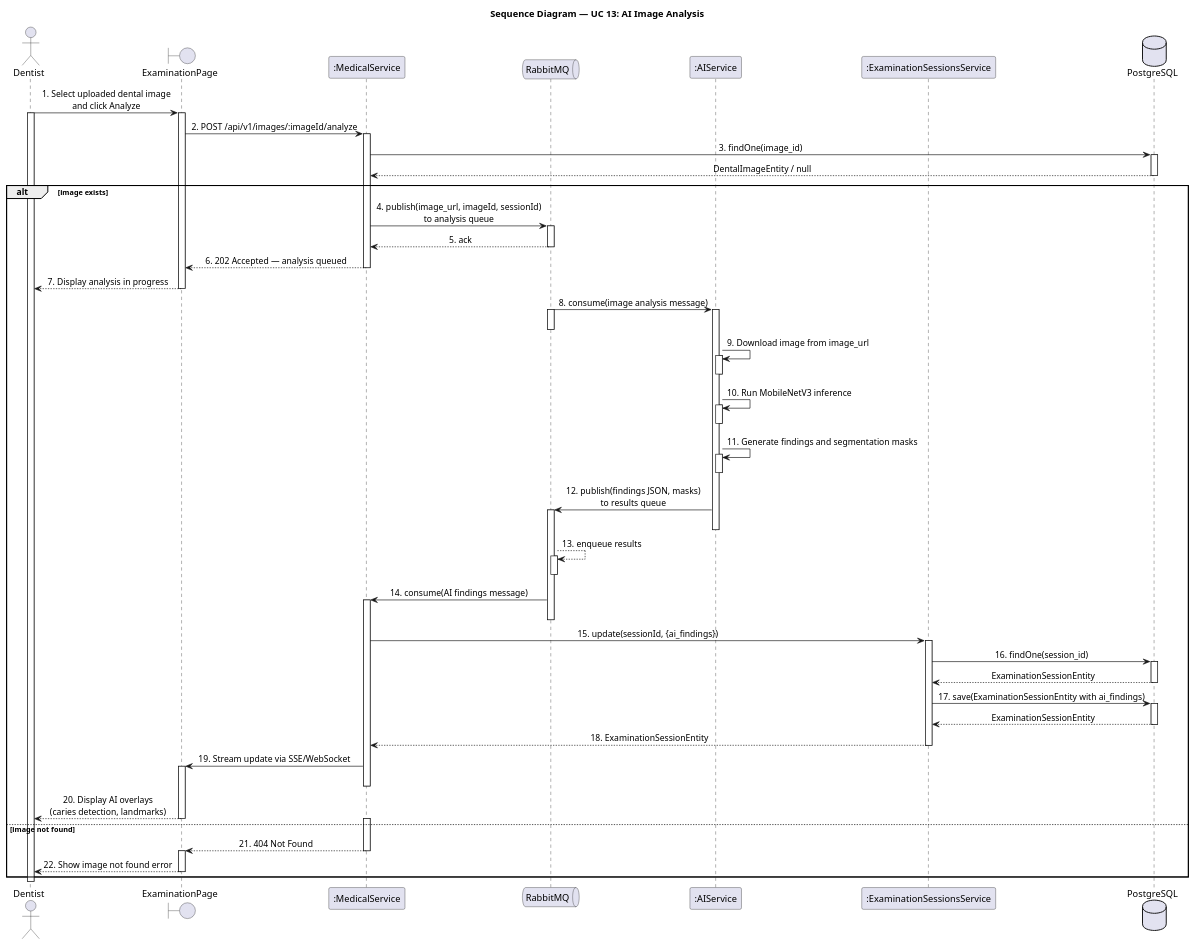
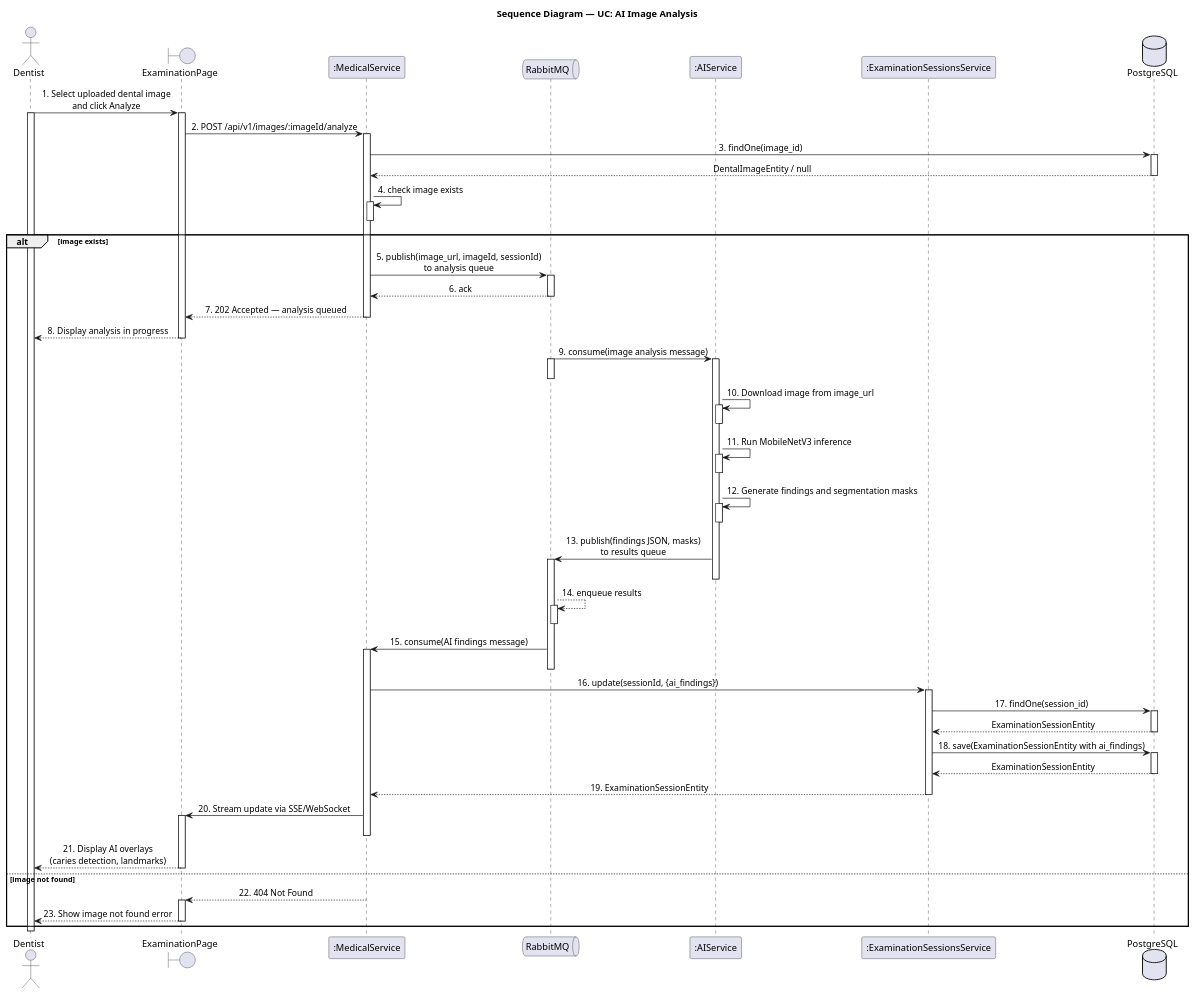
One commit to LTPPPP/Smart-Medical-Intelligent-Ledger-for-E-health-S.M.I.L.E- changed the diagram in docs/sequence-diagram/UC13_AIImageAnalysis.puml. Above: the diagram before and after it, drawn with PlantUML. The commit also changed 19 other files, not shown here.

```diff
--- a/docs/sequence-diagram/UC13_AIImageAnalysis.puml
+++ b/docs/sequence-diagram/UC13_AIImageAnalysis.puml
@@ -1,100 +1,102 @@
 @startuml SequenceDiagram
 skinparam shadowing false
 skinparam sequenceMessageAlign center
 
-title Sequence Diagram — UC 13: AI Image Analysis
+title Sequence Diagram — UC: AI Image Analysis
 
 actor "Dentist" as user
 boundary "ExaminationPage" as page
 participant ":MedicalService" as medSvc
 queue "RabbitMQ" as mq
 participant ":AIService" as aiSvc
 participant ":ExaminationSessionsService" as examSvc
 database "PostgreSQL" as db
 
 user -> page : 1. Select uploaded dental image\nand click Analyze
 activate user
 activate page
 
 page -> medSvc : 2. POST /api/v1/images/:imageId/analyze
 activate medSvc
 
 medSvc -> db : 3. findOne(image_id)
 activate db
 db --> medSvc : DentalImageEntity / null
 deactivate db
 
+medSvc -> medSvc : 4. check image exists
+activate medSvc
+deactivate medSvc
 alt image exists
-  medSvc -> mq : 4. publish(image_url, imageId, sessionId)\nto analysis queue
+  medSvc -> mq : 5. publish(image_url, imageId, sessionId)\nto analysis queue
   activate mq
-  mq --> medSvc : 5. ack
+  mq --> medSvc : 6. ack
   deactivate mq
 
-  medSvc --> page : 6. 202 Accepted — analysis queued
+  medSvc --> page : 7. 202 Accepted — analysis queued
   deactivate medSvc
 
-  page --> user : 7. Display analysis in progress
+  page --> user : 8. Display analysis in progress
   deactivate page
 
-  mq -> aiSvc : 8. consume(image analysis message)
+  mq -> aiSvc : 9. consume(image analysis message)
   activate mq
   activate aiSvc
   deactivate mq
 
-  aiSvc -> aiSvc : 9. Download image from image_url
+  aiSvc -> aiSvc : 10. Download image from image_url
   activate aiSvc
   deactivate aiSvc
 
-  aiSvc -> aiSvc : 10. Run MobileNetV3 inference
+  aiSvc -> aiSvc : 11. Run MobileNetV3 inference
   activate aiSvc
   deactivate aiSvc
 
-  aiSvc -> aiSvc : 11. Generate findings and segmentation masks
+  aiSvc -> aiSvc : 12. Generate findings and segmentation masks
   activate aiSvc
   deactivate aiSvc
 
-  aiSvc -> mq : 12. publish(findings JSON, masks)\nto results queue
+  aiSvc -> mq : 13. publish(findings JSON, masks)\nto results queue
   activate mq
   deactivate aiSvc
-  mq --> mq : 13. enqueue results
+  mq --> mq : 14. enqueue results
   activate mq
   deactivate mq
 
-  mq -> medSvc : 14. consume(AI findings message)
+  mq -> medSvc : 15. consume(AI findings message)
   activate medSvc
   deactivate mq
 
-  medSvc -> examSvc : 15. update(sessionId, {ai_findings})
+  medSvc -> examSvc : 16. update(sessionId, {ai_findings})
   activate examSvc
 
-  examSvc -> db : 16. findOne(session_id)
+  examSvc -> db : 17. findOne(session_id)
   activate db
   db --> examSvc : ExaminationSessionEntity
   deactivate db
 
-  examSvc -> db : 17. save(ExaminationSessionEntity with ai_findings)
+  examSvc -> db : 18. save(ExaminationSessionEntity with ai_findings)
   activate db
   db --> examSvc : ExaminationSessionEntity
   deactivate db
 
-  examSvc --> medSvc : 18. ExaminationSessionEntity
+  examSvc --> medSvc : 19. ExaminationSessionEntity
   deactivate examSvc
 
-  medSvc -> page : 19. Stream update via SSE/WebSocket
+  medSvc -> page : 20. Stream update via SSE/WebSocket
   activate page
   deactivate medSvc
 
-  page --> user : 20. Display AI overlays\n(caries detection, landmarks)
+  page --> user : 21. Display AI overlays\n(caries detection, landmarks)
   deactivate page
 else image not found
-  activate medSvc
-  medSvc --> page : 21. 404 Not Found
+  medSvc --> page : 22. 404 Not Found
   deactivate medSvc
   activate page
-  page --> user : 22. Show image not found error
+  page --> user : 23. Show image not found error
   deactivate page
 end
 
 deactivate user
 
 @enduml
```
